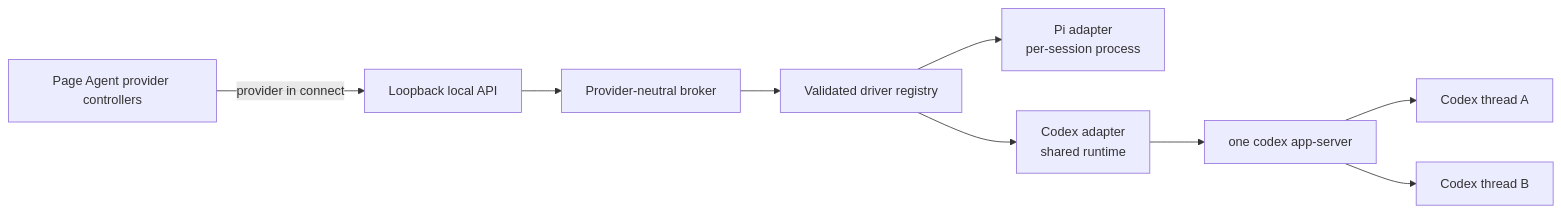
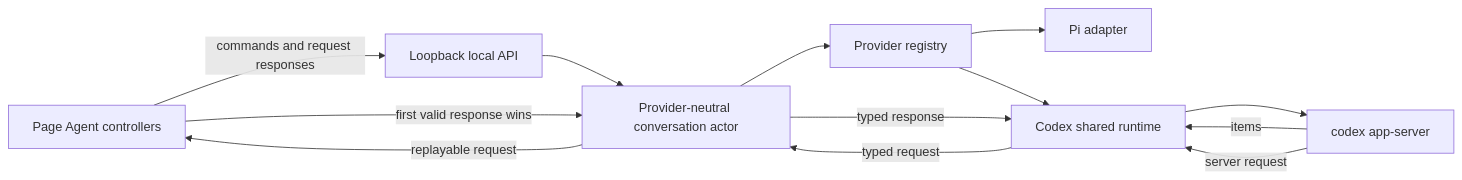
One commit to dndplsidc/agent-whiteboard changed the diagram in docs/superpowers/plans/2026-08-04-codex-app-server-provider.md. Above: the diagram before and after it, drawn with Mermaid. The commit also changed other lines of this file and 65 other files, not shown here.

Commit message:
feat: add Codex App Server provider

````diff
--- a/docs/superpowers/plans/2026-08-04-codex-app-server-provider.md
+++ b/docs/superpowers/plans/2026-08-04-codex-app-server-provider.md
@@ -154,11 +138,15 @@
 ```mermaid
 flowchart LR
-    UI[Page Agent provider controllers] -->|provider in connect| API[Loopback local API]
-    API --> Broker[Provider-neutral broker]
-    Broker --> Registry[Validated driver registry]
-    Registry --> Pi[Pi adapter\nper-session process]
-    Registry --> Codex[Codex adapter\nshared runtime]
-    Codex --> AppServer[one codex app-server]
-    AppServer --> T1[Codex thread A]
-    AppServer --> T2[Codex thread B]
+    UI[Page Agent controllers] -->|commands and request responses| API[Loopback local API]
+    API --> Broker[Provider-neutral conversation actor]
+    Broker --> Registry[Provider registry]
+    Registry --> Pi[Pi adapter]
+    Registry --> Codex[Codex shared runtime]
+    Codex --> AppServer[codex app-server]
+    AppServer -->|items| Codex
+    AppServer -->|server request| Codex
+    Codex -->|typed request| Broker
+    Broker -->|replayable request| UI
+    UI -->|first valid response wins| Broker
+    Broker -->|typed response| Codex
 ```
````
